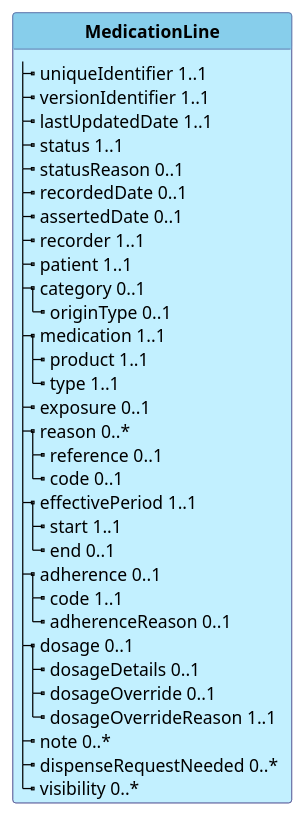
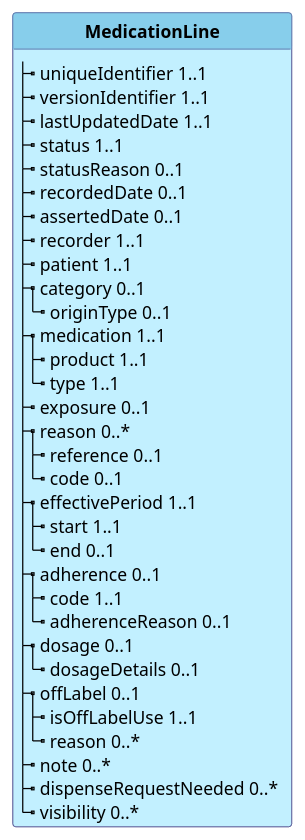
Before and after one commit to hl7-be/medication: the diagram in input/images-source/be-model-medicationdispense.plantuml, drawn with PlantUML. The commit also changed 7 other files, not shown here.

First line of the commit message:
rename dosageOverride to offLabel + reorder elements

```diff
--- a/input/images-source/be-model-medicationdispense.plantuml
+++ b/input/images-source/be-model-medicationdispense.plantuml
@@ -1,47 +1,48 @@
 @startuml
 skinparam linetype polyline
 hide circle
 hide stereotype
 
 
 skinparam class<<TM>> {
  BorderColor #505090
  BackgroundColor APPLICATION
  HeaderBackgroundColor SkyBlue
 }
 
 
 class "**MedicationLine**" as BELMMedicationLine <<TM>>{
   |_ uniqueIdentifier 1..1   
   |_ versionIdentifier 1..1   
   |_ lastUpdatedDate 1..1   
   |_ status 1..1   
   |_ statusReason 0..1   
   |_ recordedDate 0..1   
   |_ assertedDate 0..1   
   |_ recorder 1..1   
   |_ patient 1..1   
   |_ category 0..1   
     |_ originType 0..1   
   |_ medication 1..1   
     |_ product 1..1   
     |_ type 1..1   
   |_ exposure 0..1   
   |_ reason 0..*   
     |_ reference 0..1   
     |_ code 0..1   
   |_ effectivePeriod 1..1   
     |_ start 1..1   
     |_ end 0..1   
   |_ adherence 0..1   
     |_ code 1..1   
     |_ adherenceReason 0..1   
   |_ dosage 0..1   
     |_ dosageDetails 0..1   
-    |_ dosageOverride 0..1   
-    |_ dosageOverrideReason 1..1   
+  |_ offLabel 0..1   
+    |_ isOffLabelUse 1..1   
+    |_ reason 0..*
   |_ note 0..*   
   |_ dispenseRequestNeeded 0..*   
   |_ visibility 0..*   
 }
 @enduml
```
